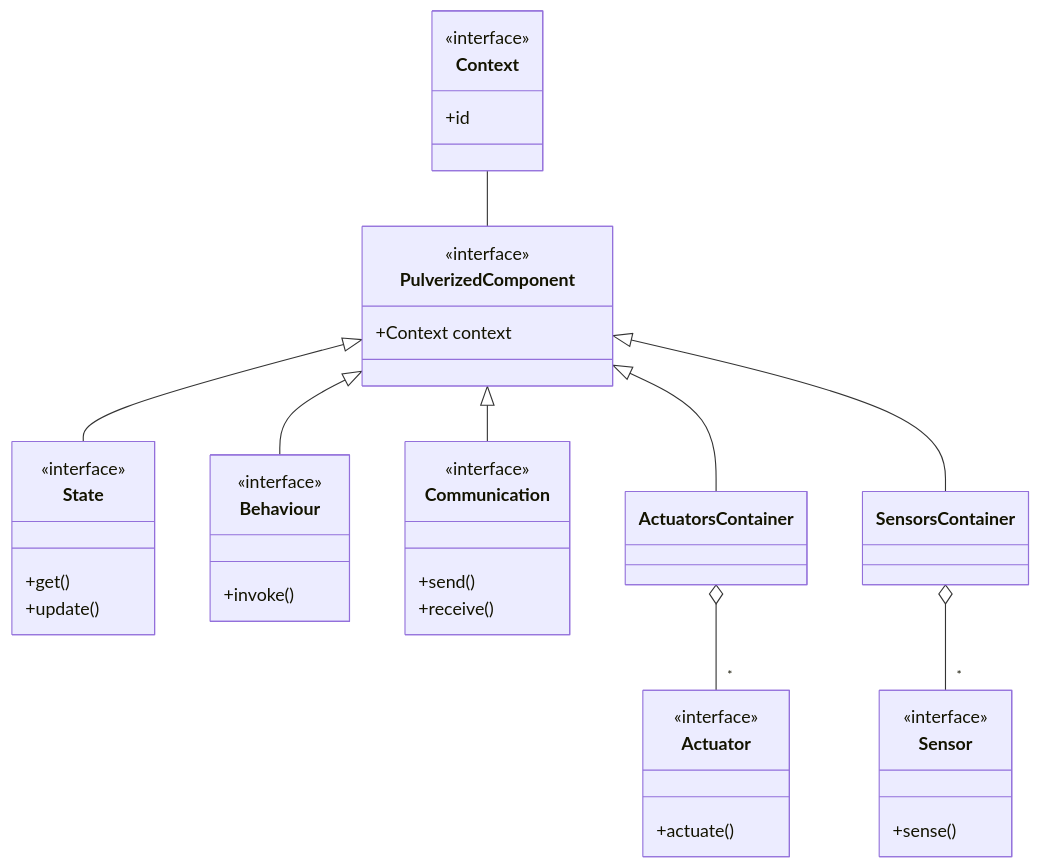
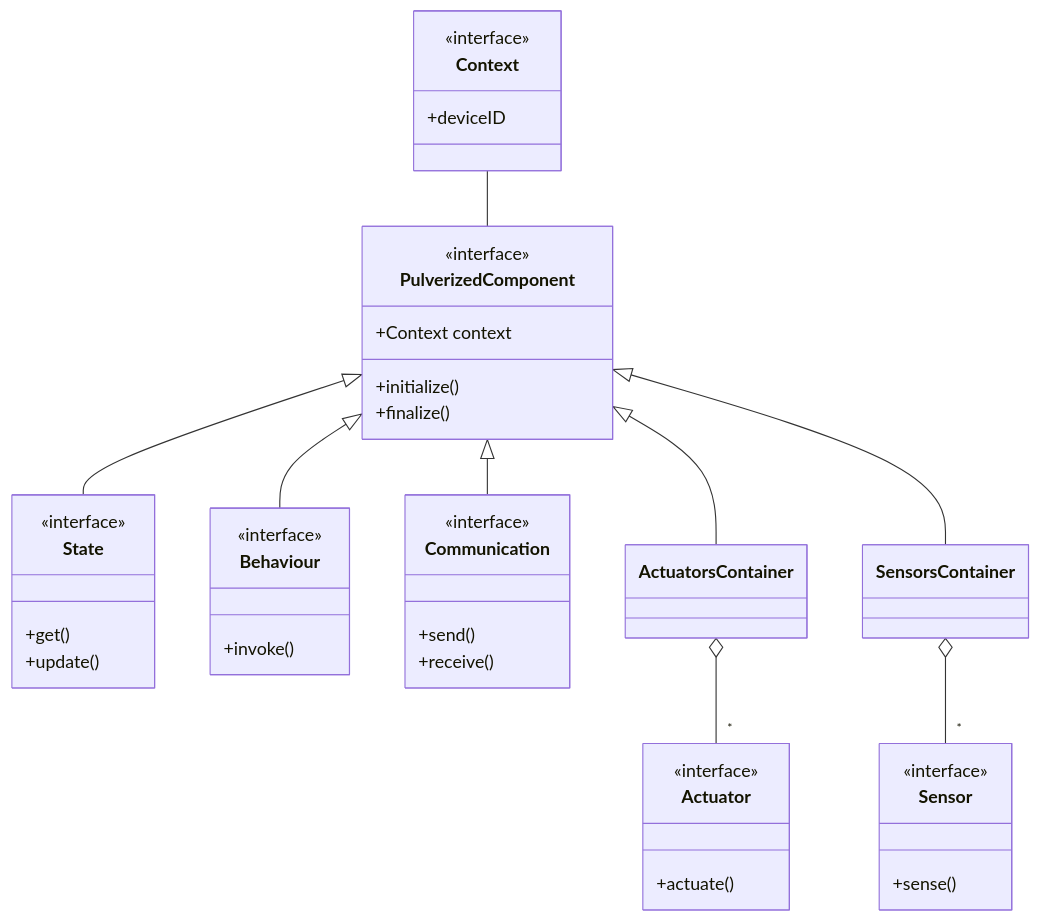
Before and after one commit to pulvreakt/pulvreakt: the diagram in docsite/docs/pulverization-concepts/core-architecture.mdx, drawn with Mermaid. The commit also changed 8 other files, not shown here.

````diff
--- a/docsite/docs/pulverization-concepts/core-architecture.mdx
+++ b/docsite/docs/pulverization-concepts/core-architecture.mdx
@@ -9,45 +9,47 @@
 ```mermaid
 classDiagram
   class Context{
-    +id
+    +deviceID
   }
   <<interface>> Context
   class PulverizedComponent {
     +Context context
+    +initialize()
+    +finalize()
   }
   <<interface>> PulverizedComponent
   class State{
     +get()
     +update()
   }
   <<interface>> State
   class Behaviour {
     +invoke()
   }
   <<interface>> Behaviour
   class Communication {
     +send()
     +receive()
   }
   <<interface>> Communication
   class SensorsContainer
   class ActuatorsContainer
   class Sensor {
     +sense()
   }
   <<interface>> Sensor
   class Actuator {
     +actuate()
   }
   <<interface>> Actuator
 
   Context -- PulverizedComponent
   PulverizedComponent <|-- Behaviour
   PulverizedComponent <|-- Communication
   PulverizedComponent <|-- State
   PulverizedComponent <|-- ActuatorsContainer
   PulverizedComponent <|-- SensorsContainer
 
   SensorsContainer o-- "*" Sensor
   ActuatorsContainer o-- "*" Actuator
 ```
````
